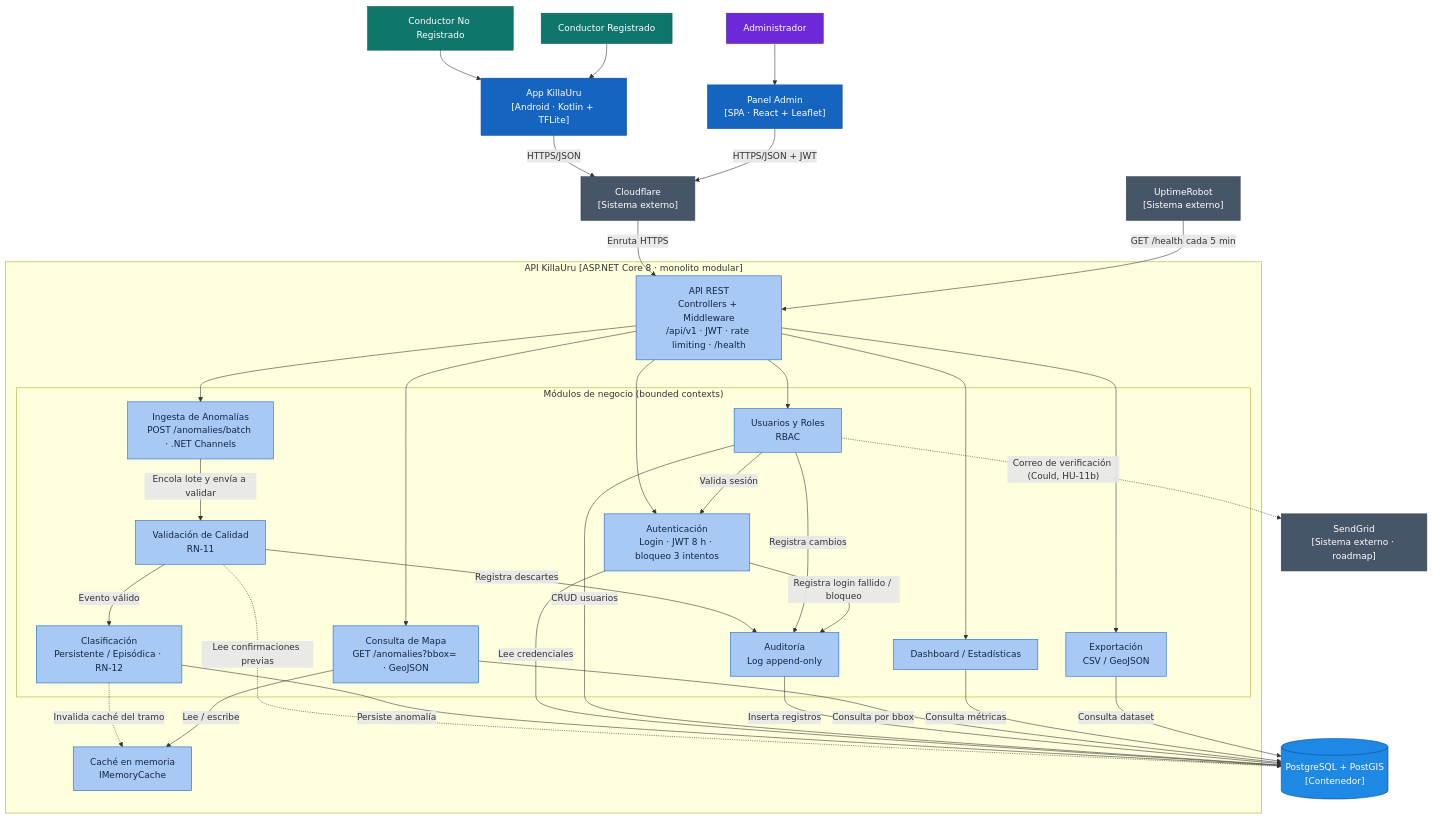
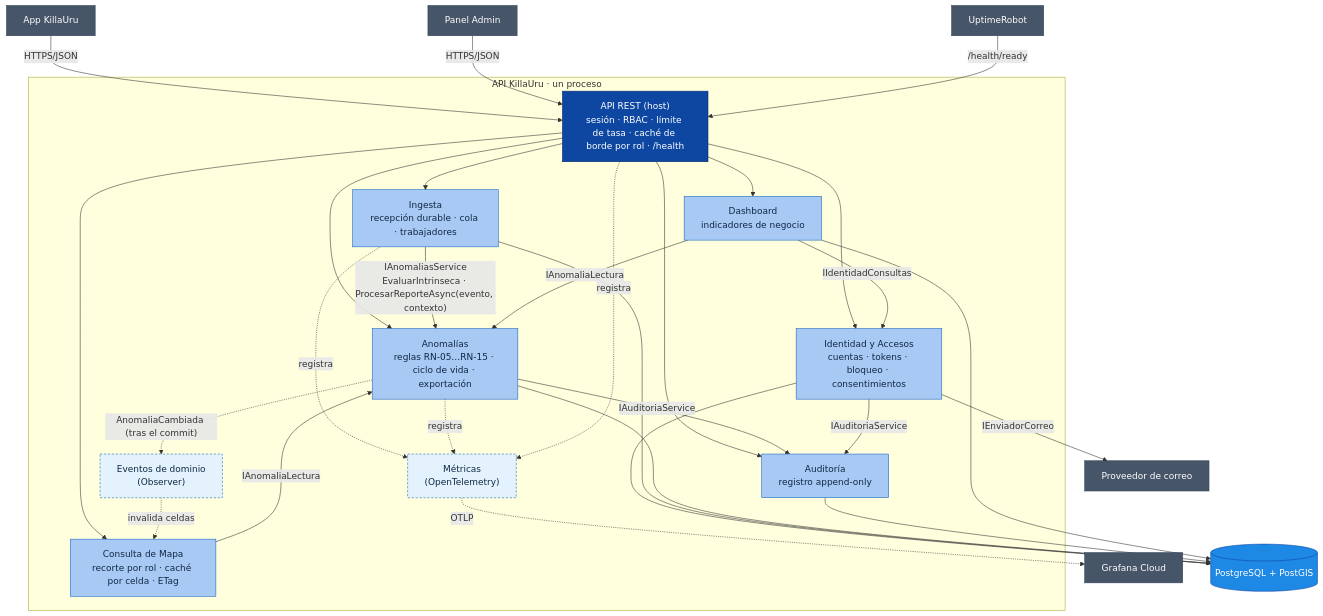
The first of 2 diagrams in docs/04-modelo-C4/Nivel3-diagrama-de-componentes.md (Crisso29/KillaUru_Sprint01), drawn with Mermaid before and after one commit. The commit also changed other lines of this file and 15 other files, not shown here.

````diff
--- a/docs/04-modelo-C4/Nivel3-diagrama-de-componentes.md
+++ b/docs/04-modelo-C4/Nivel3-diagrama-de-componentes.md
@@ -30,74 +20,46 @@
 ```mermaid
 flowchart TD
-    classDef persona fill:#0F766E,color:#fff,stroke:#0a4f4a
-    classDef interno fill:#6D28D9,color:#fff,stroke:#4c1d95
-    classDef contenedor fill:#1565C0,color:#fff,stroke:#0d47a1
+    classDef host fill:#0D47A1,color:#fff,stroke:#082a66
+    classDef modulo fill:#A9C9F5,color:#0F2744,stroke:#1565C0
+    classDef shared fill:#E3F2FD,color:#0F2744,stroke:#1565C0,stroke-dasharray: 4 3
     classDef datos fill:#1E88E5,color:#fff,stroke:#0d47a1
-    classDef componente fill:#A9C9F5,color:#0F2744,stroke:#1565C0
     classDef externo fill:#475569,color:#fff,stroke:#334155
 
-    CNR["Conductor No Registrado"]:::persona
-    CR["Conductor Registrado"]:::persona
-    ADM["Administrador"]:::interno
+    APP["App KillaUru"]:::externo
+    PANEL["Panel Admin"]:::externo
+    UR["UptimeRobot"]:::externo
+    MAIL["Proveedor de correo"]:::externo
+    GRAF["Grafana Cloud"]:::externo
+    DB[("PostgreSQL + PostGIS")]:::datos
 
-    APP["App KillaUru<br/>[Android · Kotlin + TFLite]"]:::contenedor
-    PANEL["Panel Admin<br/>[SPA · React + Leaflet]"]:::contenedor
-    CF["Cloudflare<br/>[Sistema externo]"]:::externo
-    UR["UptimeRobot<br/>[Sistema externo]"]:::externo
-    SG["SendGrid<br/>[Sistema externo · roadmap]"]:::externo
-    DB[("PostgreSQL + PostGIS<br/>[Contenedor]")]:::datos
-
-    CNR --> APP
-    CR --> APP
-    ADM --> PANEL
-    APP -- "HTTPS/JSON" --> CF
-    PANEL -- "HTTPS/JSON + JWT" --> CF
-
-    subgraph API["API KillaUru [ASP.NET Core 8 · monolito modular]"]
-        REST["API REST<br/>Controllers + Middleware<br/>/api/v1 · JWT · rate limiting · /health"]:::componente
-
-        subgraph MOD["Módulos de negocio (bounded contexts)"]
-            AUTH["Autenticación<br/>Login · JWT 8 h · bloqueo 3 intentos"]:::componente
-            USR["Usuarios y Roles<br/>RBAC"]:::componente
-            ING["Ingesta de Anomalías<br/>POST /anomalies/batch · .NET Channels"]:::componente
-            VAL["Validación de Calidad<br/>RN-11"]:::componente
-            CLA["Clasificación<br/>Persistente / Episódica · RN-12"]:::componente
-            MAPA["Consulta de Mapa<br/>GET /anomalies?bbox= · GeoJSON"]:::componente
-            DASH["Dashboard / Estadísticas"]:::componente
-            EXP["Exportación<br/>CSV / GeoJSON"]:::componente
-            AUD["Auditoría<br/>Log append-only"]:::componente
-        end
-
-        CACHE["Caché en memoria<br/>IMemoryCache"]:::componente
+    subgraph API["API KillaUru · un proceso"]
+        REST["API REST (host)<br/>sesión · RBAC · límite de tasa · caché de borde por rol · /health"]:::host
+        ID["Identidad y Accesos<br/>cuentas · tokens · bloqueo · consentimientos"]:::modulo
+        ING["Ingesta<br/>recepción durable · cola · trabajadores"]:::modulo
+        ANO["Anomalías<br/>reglas RN-05…RN-15 · ciclo de vida · exportación"]:::modulo
+        MAPA["Consulta de Mapa<br/>recorte por rol · caché por celda · ETag"]:::modulo
+        DASH["Dashboard<br/>indicadores de negocio"]:::modulo
+        AUD["Auditoría<br/>registro append-only"]:::modulo
+        EVT["Eventos de dominio<br/>(Observer)"]:::shared
+        MET["Métricas<br/>(OpenTelemetry)"]:::shared
     end
 
-    CF -- "Enruta HTTPS" --> REST
-    UR -- "GET /health cada 5 min" --> REST
+    APP -- "HTTPS/JSON" --> REST
+    PANEL -- "HTTPS/JSON" --> REST
+    UR -- "/health/ready" --> REST
+    REST --> ID & ING & ANO & MAPA & DASH & AUD
 
-    REST --> AUTH
-    REST --> USR
-    REST --> ING
-    REST --> MAPA
-    REST --> DASH
-    REST --> EXP
+    ING -- "IAnomaliasService<br/>EvaluarIntrinseca · ProcesarReporteAsync(evento, contexto)" --> ANO
+    MAPA -- "IAnomaliaLectura" --> ANO
+    DASH -- "IAnomaliaLectura" --> ANO
+    DASH -- "IIdentidadConsultas" --> ID
+    ANO -- "IAuditoriaService" --> AUD
+    ID -- "IAuditoriaService" --> AUD
+    ANO -. "AnomaliaCambiada (tras el commit)" .-> EVT
+    EVT -. "invalida celdas" .-> MAPA
+    ING & ANO & REST -. "registra" .-> MET
+    MET -. "OTLP" .-> GRAF
+    ID -- "IEnviadorCorreo" --> MAIL
 
-    ING -- "Encola lote y envía a validar" --> VAL
-    VAL -- "Evento válido" --> CLA
-    VAL -- "Registra descartes" --> AUD
-    VAL -. "Lee confirmaciones previas" .-> DB
-    CLA -- "Persiste anomalía" --> DB
-    CLA -. "Invalida caché del tramo" .-> CACHE
-
-    USR -- "Valida sesión" --> AUTH
-    USR -- "Registra cambios" --> AUD
-    AUTH -- "Registra login fallido / bloqueo" --> AUD
-    AUTH -- "Lee credenciales" --> DB
-    USR -- "CRUD usuarios" --> DB
-    AUD -- "Inserta registros" --> DB
-    USR -. "Correo de verificación (Could, HU-11b)" .-> SG
-
-    MAPA -- "Lee / escribe" --> CACHE
-    MAPA -- "Consulta por bbox" --> DB
-    DASH -- "Consulta métricas" --> DB
-    EXP -- "Consulta dataset" --> DB
+    ID & ING & ANO & AUD & DASH --> DB
 ```
````
